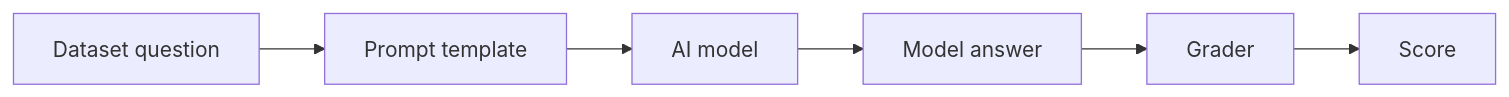
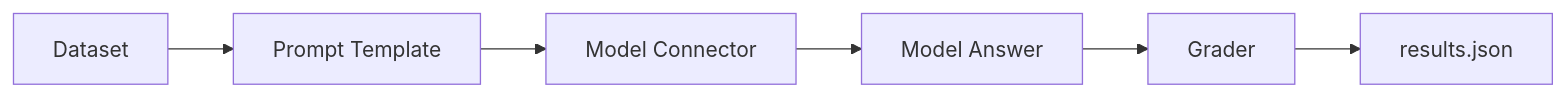
One commit to danialza/ai-evaluation-harness changed the diagram in README.md. Above: the diagram before and after it, drawn with Mermaid. The commit also changed other lines of this file and 2 other files, not shown here.

````diff
--- a/README.md
+++ b/README.md
@@ -53,8 +98,8 @@
 ```mermaid
 flowchart LR
-    A[Dataset question] --> B[Prompt template]
-    B --> C[AI model]
-    C --> D[Model answer]
+    A[Dataset] --> B[Prompt Template]
+    B --> C[Model Connector]
+    C --> D[Model Answer]
     D --> E[Grader]
-    E --> F[Score]
+    E --> F[results.json]
 ```
````
